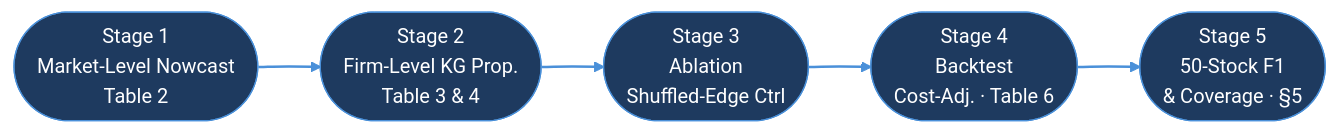
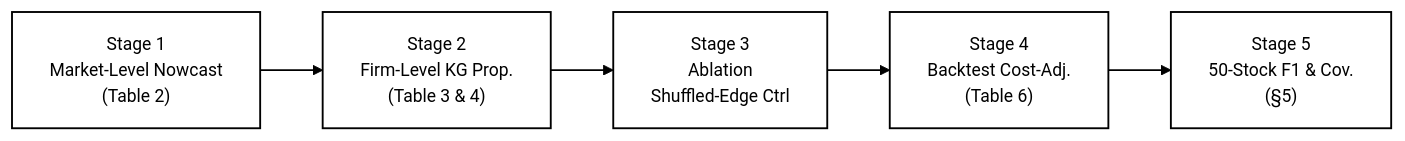
The diagram in README.md (tunglich/TWSE-KG), drawn with Mermaid before and after one commit.

Commit message:
docs: restyle pipeline diagram to IEEE academic convention
- White background, black rectangular nodes, 1.5px border
- Black arrows, no color decoration
- Parenthetical table/section references matching IEEE caption style
- base theme override via Mermaid init directive

````diff
--- a/README.md
+++ b/README.md
@@ -18,16 +18,17 @@
 ```mermaid
+%%{init: {"theme": "base", "themeVariables": {"primaryColor": "#ffffff", "primaryTextColor": "#000000", "primaryBorderColor": "#000000", "lineColor": "#000000", "fontSize": "14px"}}}%%
 flowchart LR
-    S1(["Stage 1\nMarket-Level Nowcast\nTable 2"]) -->
-    S2(["Stage 2\nFirm-Level KG Prop.\nTable 3 & 4"]) -->
-    S3(["Stage 3\nAblation\nShuffled-Edge Ctrl"]) -->
-    S4(["Stage 4\nBacktest\nCost-Adj. · Table 6"]) -->
-    S5(["Stage 5\n50-Stock F1\n& Coverage · §5"])
+    S1["Stage 1\nMarket-Level Nowcast\n(Table 2)"] -->
+    S2["Stage 2\nFirm-Level KG Prop.\n(Table 3 & 4)"] -->
+    S3["Stage 3\nAblation\nShuffled-Edge Ctrl"] -->
+    S4["Stage 4\nBacktest Cost-Adj.\n(Table 6)"] -->
+    S5["Stage 5\n50-Stock F1 & Cov.\n(§5)"]
 
-    style S1 fill:#1e3a5f,stroke:#4a90d9,color:#ffffff,rx:8
-    style S2 fill:#1e3a5f,stroke:#4a90d9,color:#ffffff,rx:8
-    style S3 fill:#1e3a5f,stroke:#4a90d9,color:#ffffff,rx:8
-    style S4 fill:#1e3a5f,stroke:#4a90d9,color:#ffffff,rx:8
-    style S5 fill:#1e3a5f,stroke:#4a90d9,color:#ffffff,rx:8
+    style S1 fill:#ffffff,stroke:#000000,stroke-width:1.5px,color:#000000
+    style S2 fill:#ffffff,stroke:#000000,stroke-width:1.5px,color:#000000
+    style S3 fill:#ffffff,stroke:#000000,stroke-width:1.5px,color:#000000
+    style S4 fill:#ffffff,stroke:#000000,stroke-width:1.5px,color:#000000
+    style S5 fill:#ffffff,stroke:#000000,stroke-width:1.5px,color:#000000
 
-    linkStyle default stroke:#4a90d9,stroke-width:2px
+    linkStyle default stroke:#000000,stroke-width:1.5px
 ```
````
